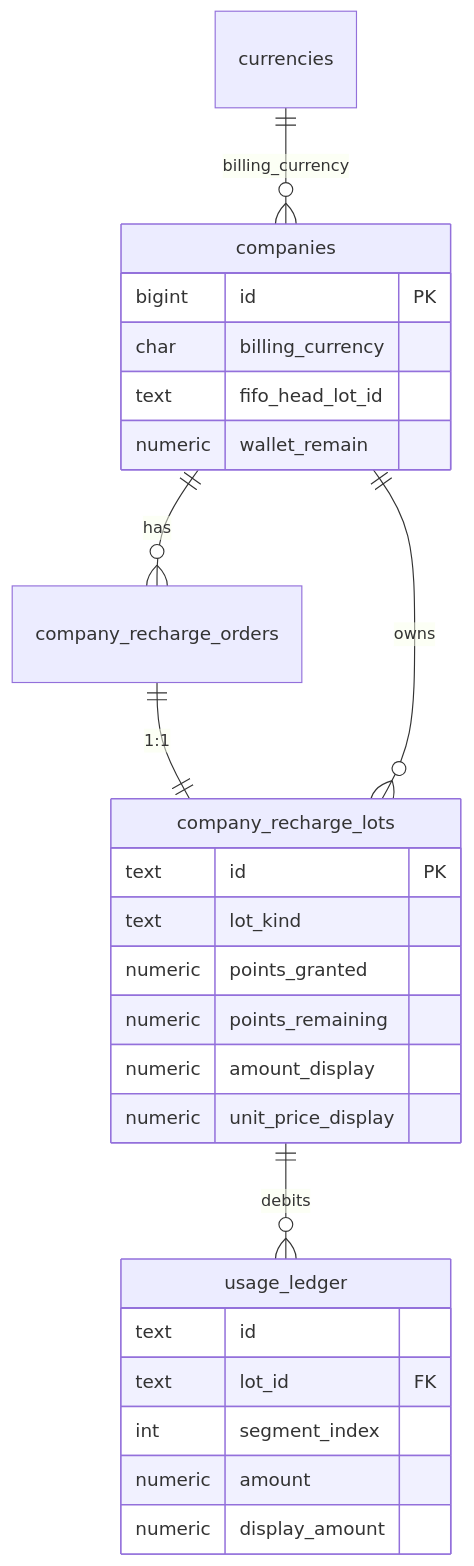
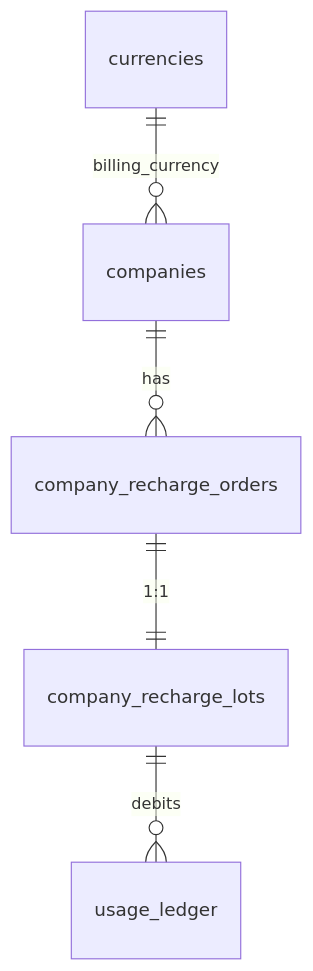
One commit to quyip8818/mytokenjoy changed the sixth of 6 diagrams in docs/Backend-计费模式.md. Above: the diagram before and after it, drawn with Mermaid. The commit also changed other lines of this file and 23 other files, not shown here.

First line of the commit message:
fix(billing): align point/display write-read boundaries

````diff
--- a/docs/Backend-计费模式.md
+++ b/docs/Backend-计费模式.md
@@ -293,29 +233,7 @@
 ```mermaid
 erDiagram
-    currencies ||--o{ companies : billing_currency
-    companies ||--o{ company_recharge_orders : has
-    company_recharge_orders ||--|| company_recharge_lots : "1:1"
-    companies ||--o{ company_recharge_lots : owns
-    company_recharge_lots ||--o{ usage_ledger : debits
-    companies {
-        bigint id PK
-        char billing_currency
-        text fifo_head_lot_id
-        numeric wallet_remain
-    }
-    company_recharge_lots {
-        text id PK
-        text lot_kind
-        numeric points_granted
-        numeric points_remaining
-        numeric amount_display
-        numeric unit_price_display
-    }
-    usage_ledger {
-        text id
-        text lot_id FK
-        int segment_index
-        numeric amount
-        numeric display_amount
-    }
+  currencies ||--o{ companies : billing_currency
+  companies ||--o{ company_recharge_orders : has
+  company_recharge_orders ||--|| company_recharge_lots : "1:1"
+  company_recharge_lots ||--o{ usage_ledger : debits
 ```
````
